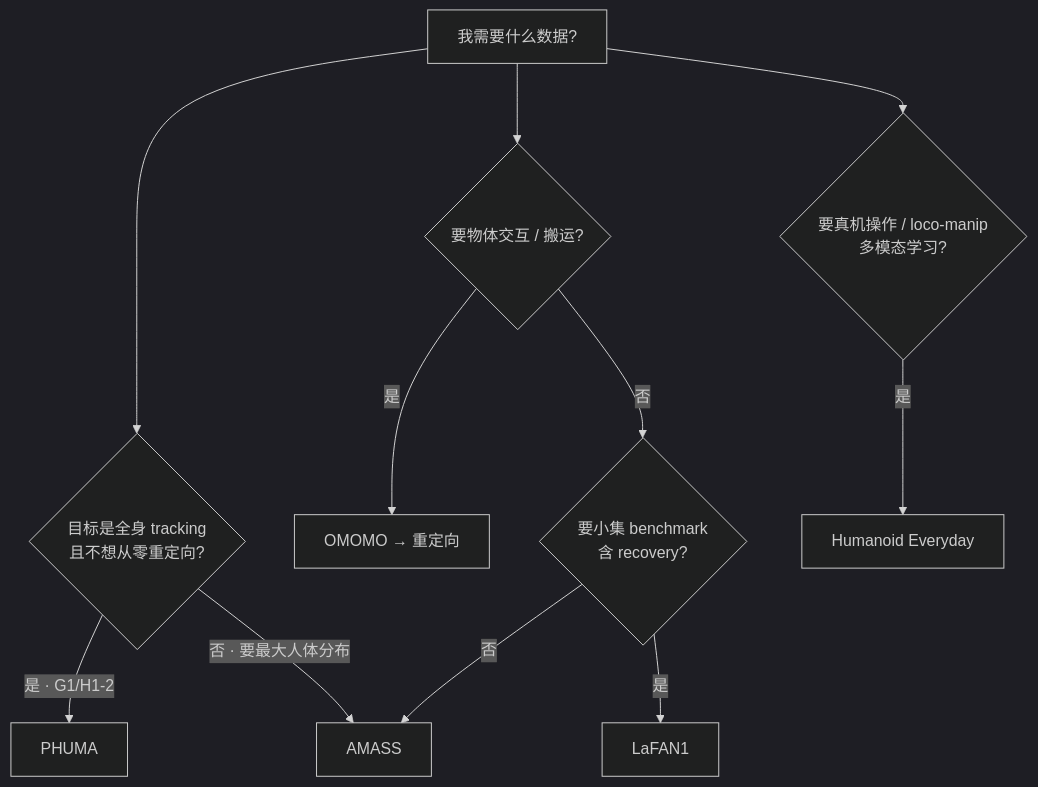
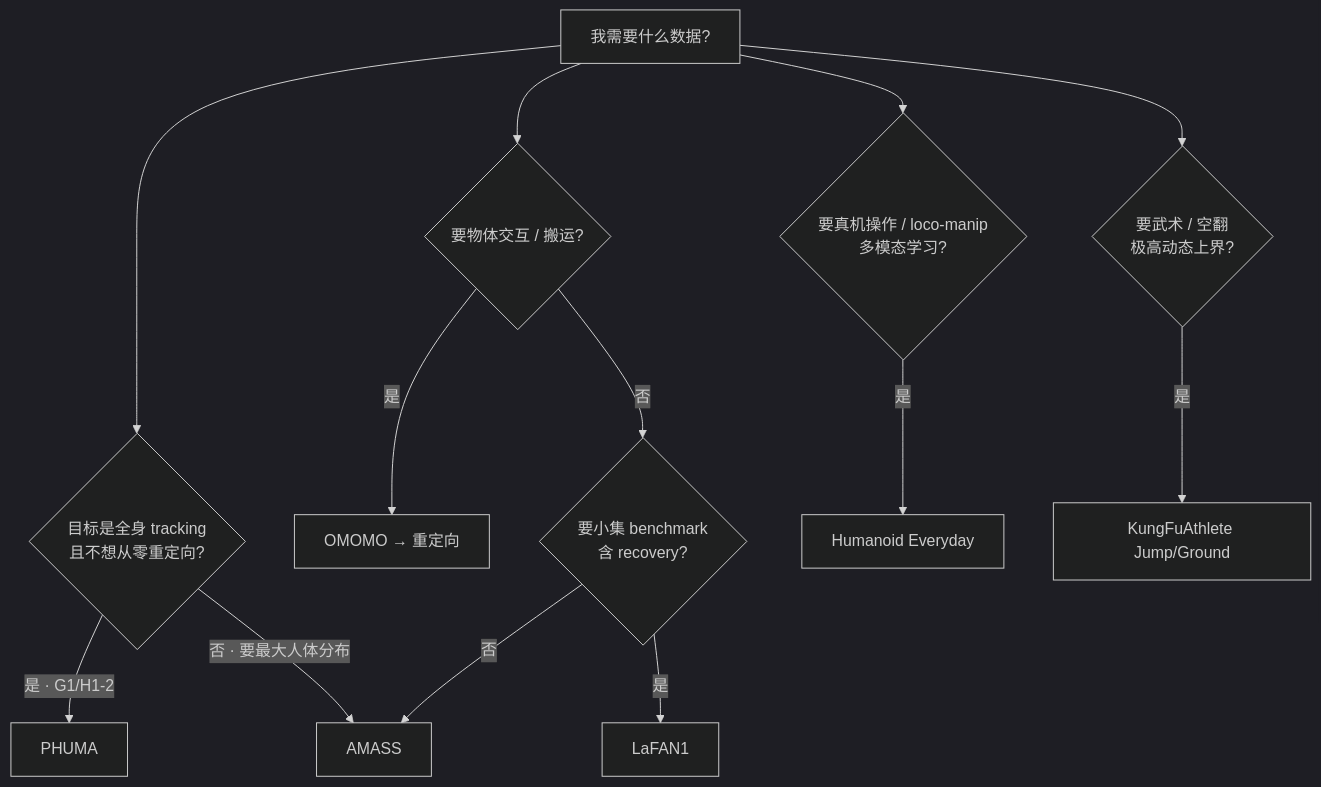
The diagram in wiki/comparisons/humanoid-reference-motion-datasets.md (ImChong/Robotics_Notebooks), drawn with Mermaid (dark theme) before and after one commit. The commit also changed other lines of this file and 20 other files, not shown here.

Commit message:
[2026-07-02] ingest | sources/papers/kung_fu_athlete_bot.md — KungFuAthleteBot 高动态武术数据集、根高度校正与 FastSAC tracking+recovery 实体页

````diff
--- a/wiki/comparisons/humanoid-reference-motion-datasets.md
+++ b/wiki/comparisons/humanoid-reference-motion-datasets.md
@@ -63,14 +78,16 @@
 ```mermaid
 flowchart TD
   start[我需要什么数据?]
   start --> q1{目标是全身 tracking<br/>且不想从零重定向?}
   q1 -->|是 · G1/H1-2| phuma[PHUMA]
   q1 -->|否 · 要最大人体分布| amass[AMASS]
   start --> q2{要物体交互 / 搬运?}
   q2 -->|是| omomo[OMOMO → 重定向]
   q2 -->|否| q3{要小集 benchmark<br/>含 recovery?}
   q3 -->|是| lafan[LaFAN1]
   q3 -->|否| amass
   start --> q4{要真机操作 / loco-manip<br/>多模态学习?}
   q4 -->|是| he[Humanoid Everyday]
+  start --> q5{要武术 / 空翻<br/>极高动态上界?}
+  q5 -->|是| kfa[KungFuAthlete Jump/Ground]
 ```
````
